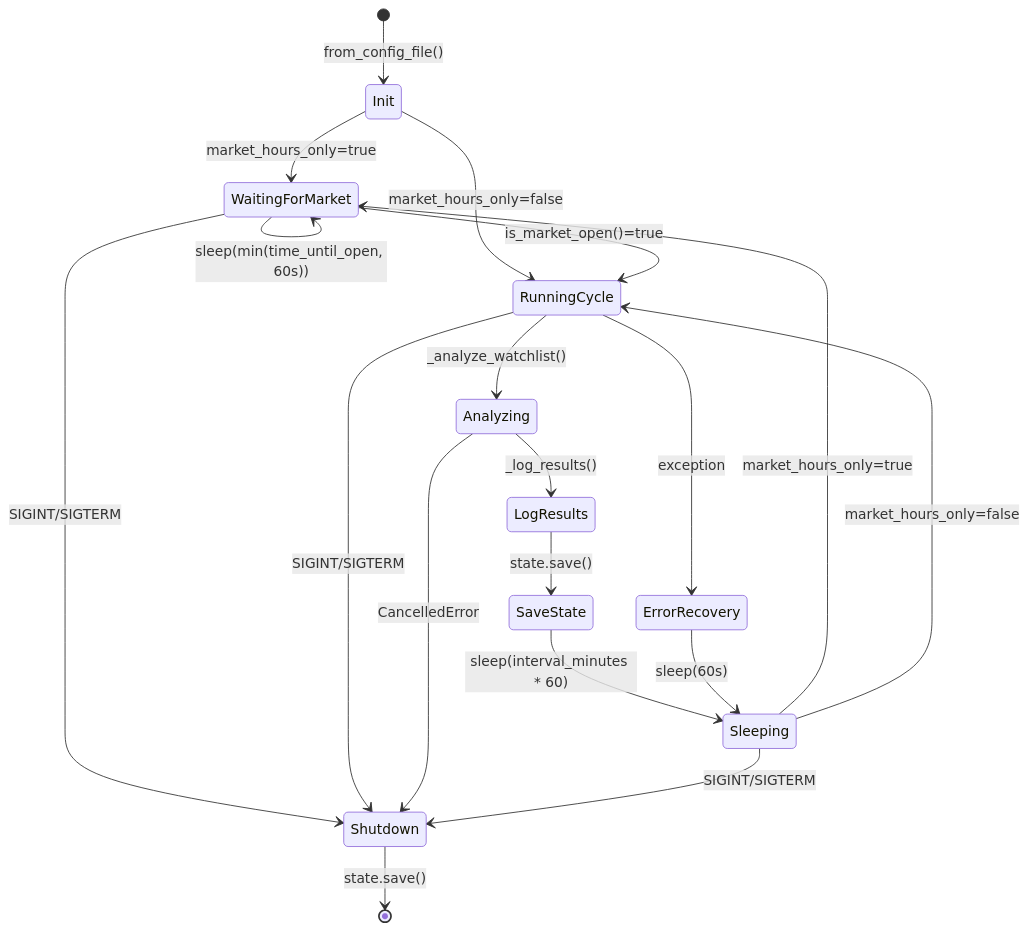
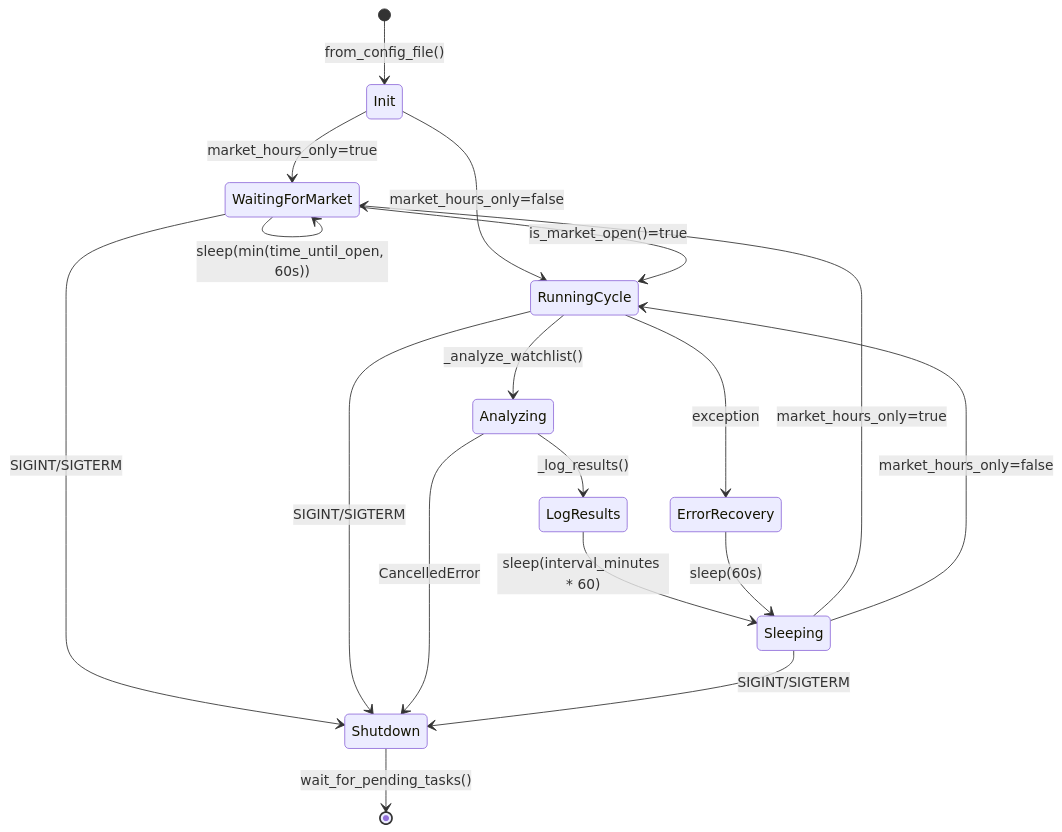
One commit to Automaat/ai-casino changed the second of 5 diagrams in docs/daemon-architecture.md. Above: the diagram before and after it, drawn with Mermaid. The commit also changed 69 other files, not shown here.

````diff
--- a/docs/daemon-architecture.md
+++ b/docs/daemon-architecture.md
@@ -118,27 +118,26 @@
 ```mermaid
 stateDiagram-v2
     [*] --> Init: from_config_file()
 
     Init --> WaitingForMarket: market_hours_only=true
     Init --> RunningCycle: market_hours_only=false
 
     WaitingForMarket --> RunningCycle: is_market_open()=true
     WaitingForMarket --> WaitingForMarket: sleep(min(time_until_open, 60s))
 
     RunningCycle --> Analyzing: _analyze_watchlist()
     Analyzing --> LogResults: _log_results()
-    LogResults --> SaveState: state.save()
-    SaveState --> Sleeping: sleep(interval_minutes * 60)
+    LogResults --> Sleeping: sleep(interval_minutes * 60)
     Sleeping --> WaitingForMarket: market_hours_only=true
     Sleeping --> RunningCycle: market_hours_only=false
 
     RunningCycle --> ErrorRecovery: exception
     ErrorRecovery --> Sleeping: sleep(60s)
 
     WaitingForMarket --> Shutdown: SIGINT/SIGTERM
     RunningCycle --> Shutdown: SIGINT/SIGTERM
     Analyzing --> Shutdown: CancelledError
     Sleeping --> Shutdown: SIGINT/SIGTERM
 
-    Shutdown --> [*]: state.save()
+    Shutdown --> [*]: wait_for_pending_tasks()
 ```
````
